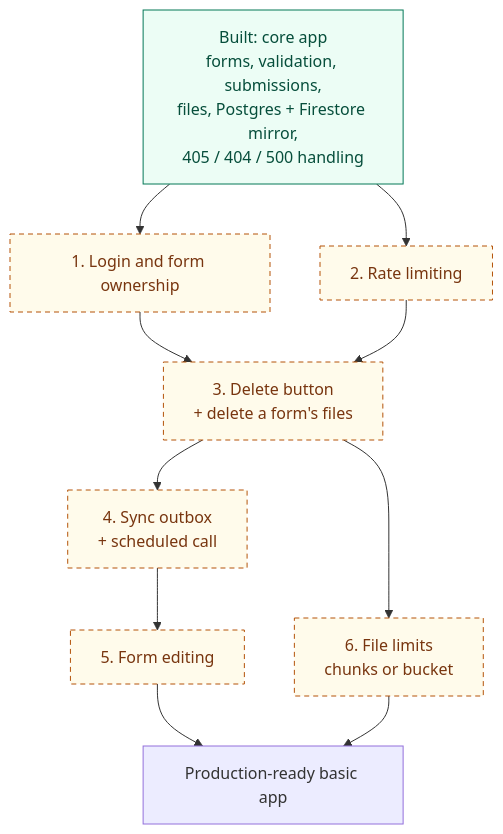
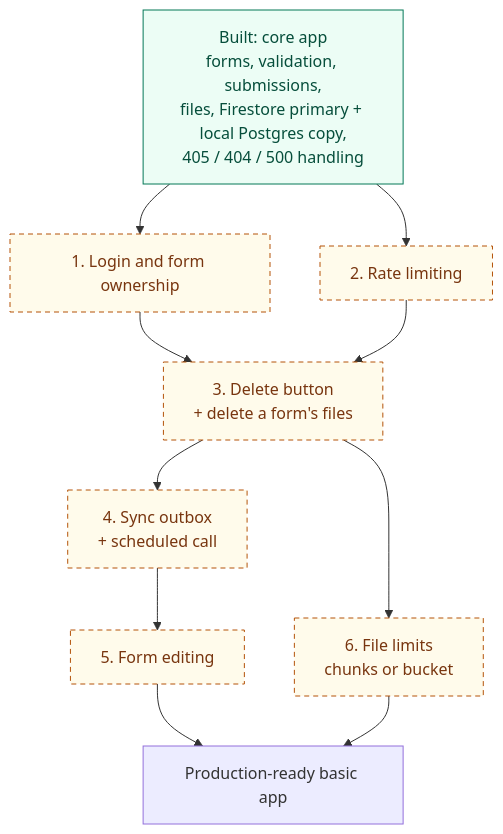
The diagram in docs/roadmap.mmd (kasinadhsarma/survey-forms), drawn with Mermaid before and after one commit. The commit also changed 8 other files, not shown here.

Commit message:
docs: update README and documentation to reflect Firestore as primary database with local Postgres as development copy

```diff
--- a/docs/roadmap.mmd
+++ b/docs/roadmap.mmd
@@ -1,24 +1,24 @@
 flowchart TB
-    DONE["Built: core app<br/>forms, validation, submissions,<br/>files, Postgres + Firestore mirror,<br/>405 / 404 / 500 handling"]
+    DONE["Built: core app<br/>forms, validation, submissions,<br/>files, Firestore primary + local Postgres copy,<br/>405 / 404 / 500 handling"]
     E1["1. Login and form ownership"]
     E2["2. Rate limiting"]
     E3["3. Delete button<br/>+ delete a form's files"]
     E4["4. Sync outbox<br/>+ scheduled call"]
     E5["5. Form editing"]
     E6["6. File limits<br/>chunks or bucket"]
     END["Production-ready basic app"]
 
     DONE --> E1
     DONE --> E2
     E1 --> E3
     E2 --> E3
     E3 --> E4
     E3 --> E6
     E4 --> E5
     E5 --> END
     E6 --> END
 
     classDef built fill:#ecfdf5,stroke:#047857,color:#064e3b;
     classDef planned stroke-dasharray: 5 4,stroke:#b45309,fill:#fffbeb,color:#78350f;
     class DONE built;
     class E1,E2,E3,E4,E5,E6 planned;
```
